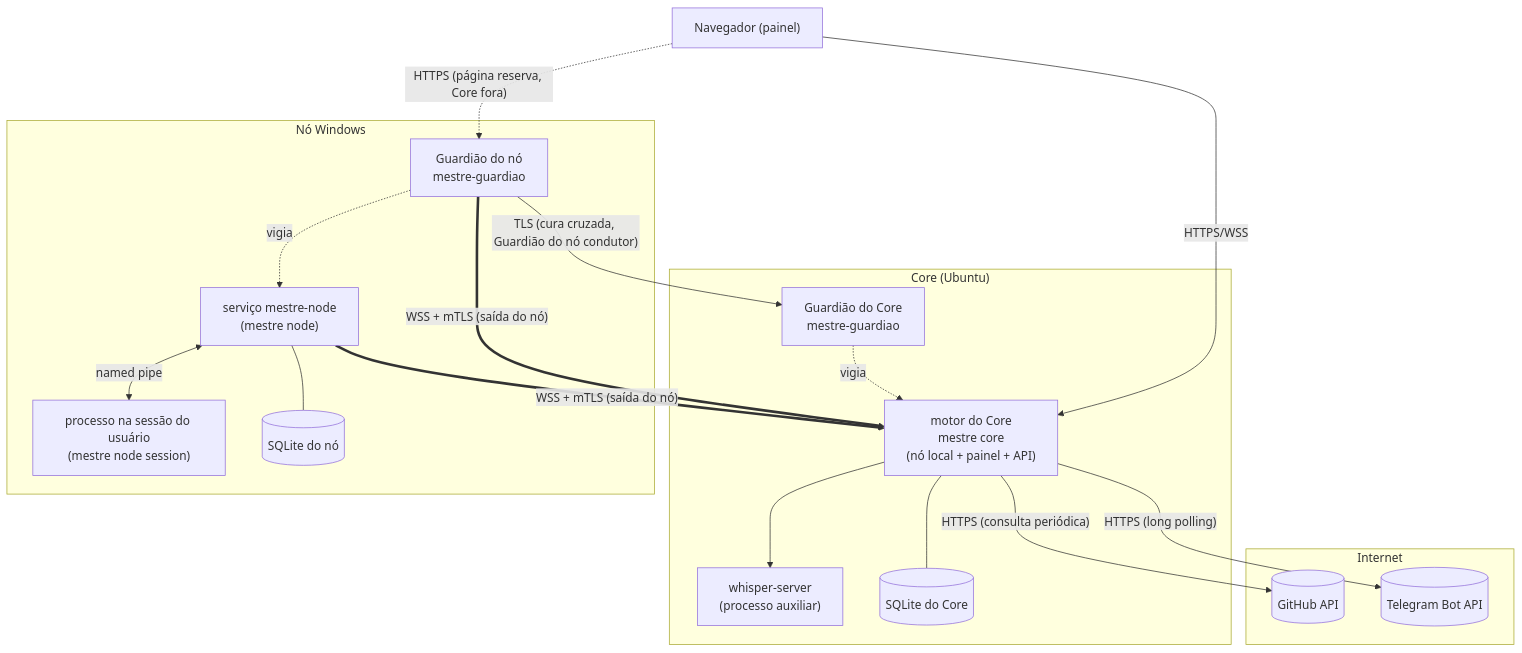
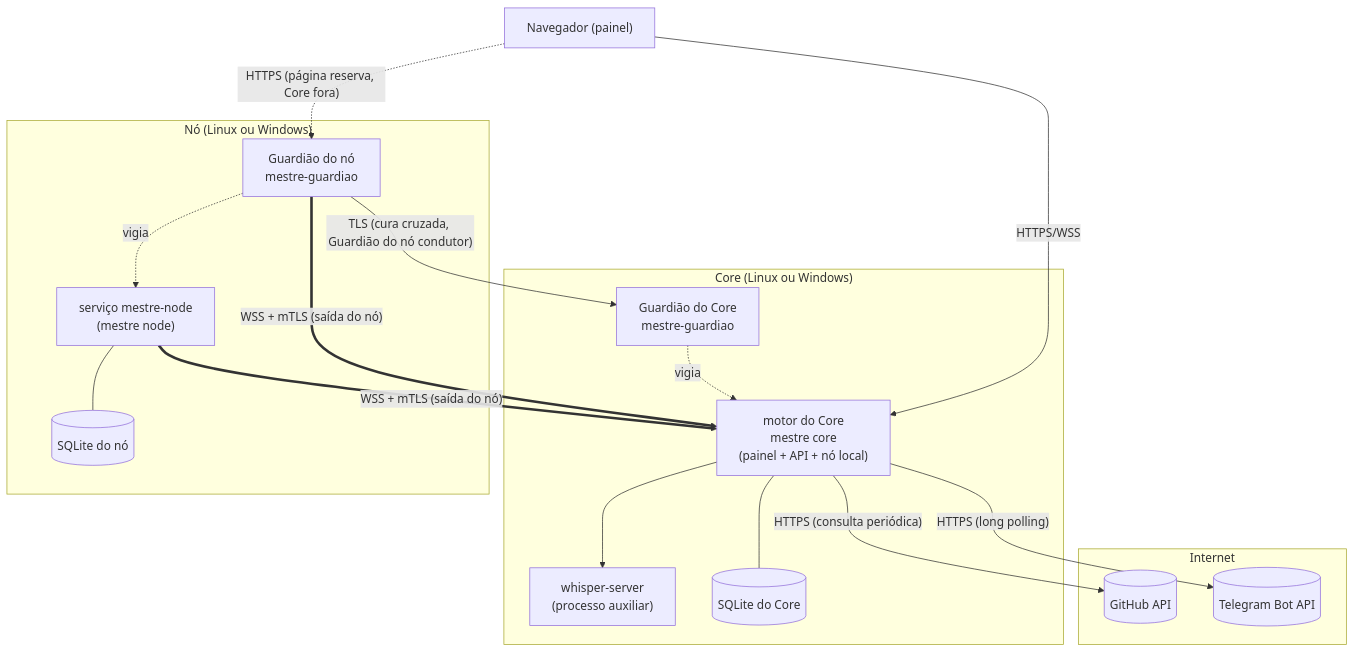
One commit to lucasndas/mestre changed the diagram in docs/arquitetura/visao-geral.md. Above: the diagram before and after it, drawn with Mermaid. The commit also changed other lines of this file and 78 other files, not shown here.

````diff
--- a/docs/arquitetura/visao-geral.md
+++ b/docs/arquitetura/visao-geral.md
@@ -14,33 +16,31 @@
 ```mermaid
 flowchart TB
   subgraph Internet
     GH[(GitHub API)]
     TG[(Telegram Bot API)]
   end
-  subgraph Core["Core (Ubuntu)"]
-    MC["motor do Core<br/>mestre core<br/>(nó local + painel + API)"]
+  subgraph Core["Core (Linux ou Windows)"]
+    MC["motor do Core<br/>mestre core<br/>(painel + API + nó local)"]
     GC["Guardião do Core<br/>mestre-guardiao"]
     WS["whisper-server<br/>(processo auxiliar)"]
     DBC[(SQLite do Core)]
     MC --- DBC
     MC --> WS
     GC -. vigia .-> MC
   end
-  subgraph NoWin["Nó Windows"]
+  subgraph No["Nó (Linux ou Windows)"]
     MN["serviço mestre-node<br/>(mestre node)"]
-    SS["processo na sessão do usuário<br/>(mestre node session)"]
     GN["Guardião do nó<br/>mestre-guardiao"]
     DBN[(SQLite do nó)]
     MN --- DBN
-    MN <-- named pipe --> SS
     GN -. vigia .-> MN
   end
   NAV["Navegador (painel)"]
   MN == "WSS + mTLS (saída do nó)" ==> MC
   GN == "WSS + mTLS (saída do nó)" ==> MC
   GN -- "TLS (cura cruzada, Guardião do nó condutor)" --> GC
   NAV -- HTTPS/WSS --> MC
   NAV -. "HTTPS (página reserva, Core fora)" .-> GN
   MC -- "HTTPS (consulta periódica)" --> GH
   MC -- "HTTPS (long polling)" --> TG
 ```
````
